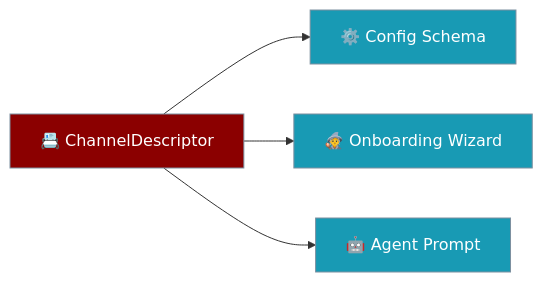
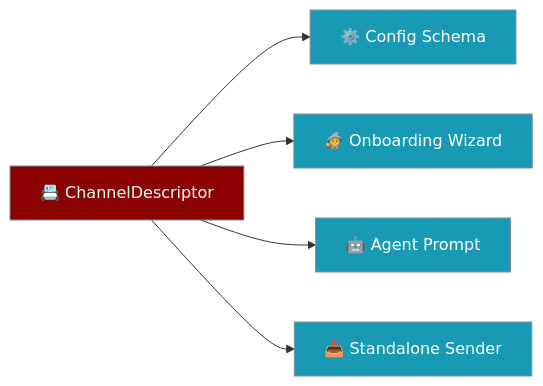
Before and after one commit to MervinPraison/PraisonAIDocs: the first of 3 diagrams in docs/features/channel-descriptor.mdx, drawn with Mermaid. The commit also changed other lines of this file and 5 other files, not shown here.

Commit message:
fix: document ChannelDescriptor standalone_sender for gateway-less plugin delivery (fixes #4798)

````diff
--- a/docs/features/channel-descriptor.mdx
+++ b/docs/features/channel-descriptor.mdx
@@ -10,12 +10,13 @@
 ```mermaid
 graph LR
     D[📇 ChannelDescriptor] --> S[⚙️ Config Schema]
     D --> W[🧙 Onboarding Wizard]
     D --> P[🤖 Agent Prompt]
+    D --> S2[📤 Standalone Sender]
 
     classDef input fill:#8B0000,stroke:#7C90A0,color:#fff
     classDef consumer fill:#189AB4,stroke:#7C90A0,color:#fff
 
     class D input
-    class S,W,P consumer
+    class S,W,P,S2 consumer
 ```
````
